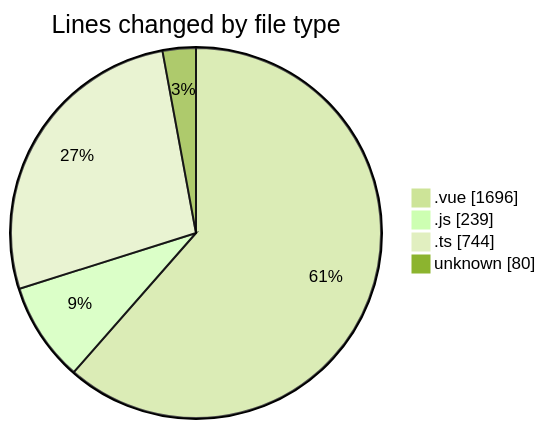
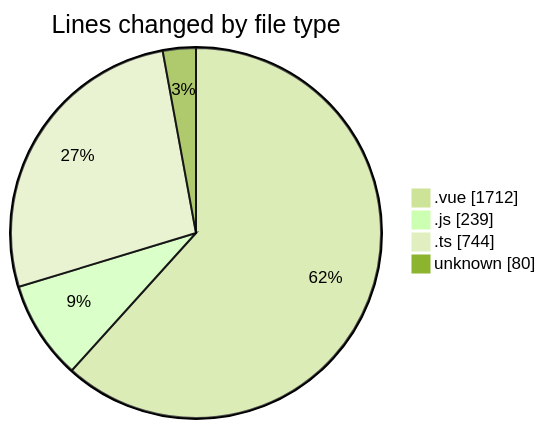
The first of 2 diagrams in 2025-08-11/rentotp/README.md (lephambinh05/code-tracking), drawn with Mermaid (forest theme) before and after one commit. The commit also changed other lines of this file and 1 other file, not shown here.

````diff
--- a/2025-08-11/rentotp/README.md
+++ b/2025-08-11/rentotp/README.md
@@ -35,8 +35,8 @@
 ```mermaid
 pie showData
 title Lines changed by file type
-".vue" : 1696
+".vue" : 1712
 ".js" : 239
 ".ts" : 744
 "unknown" : 80
 ```
````
